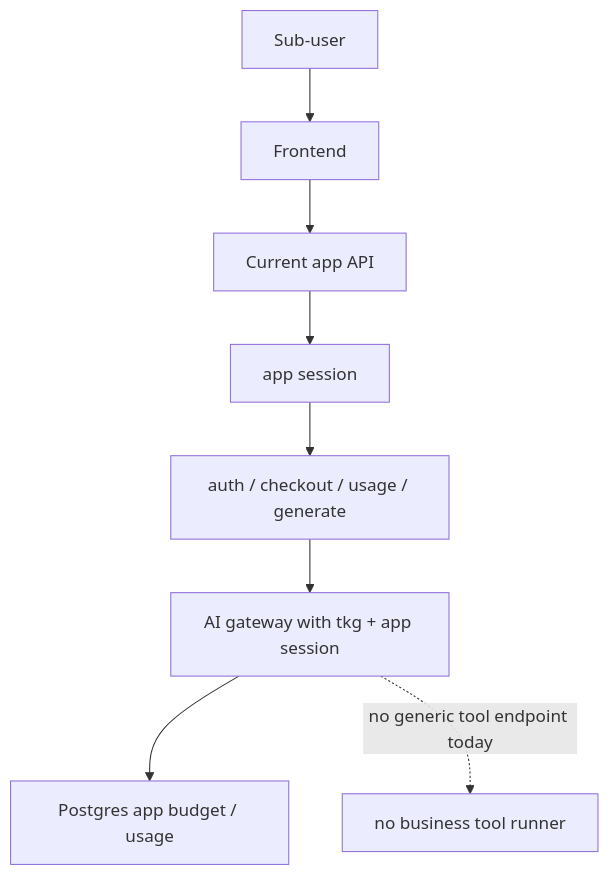
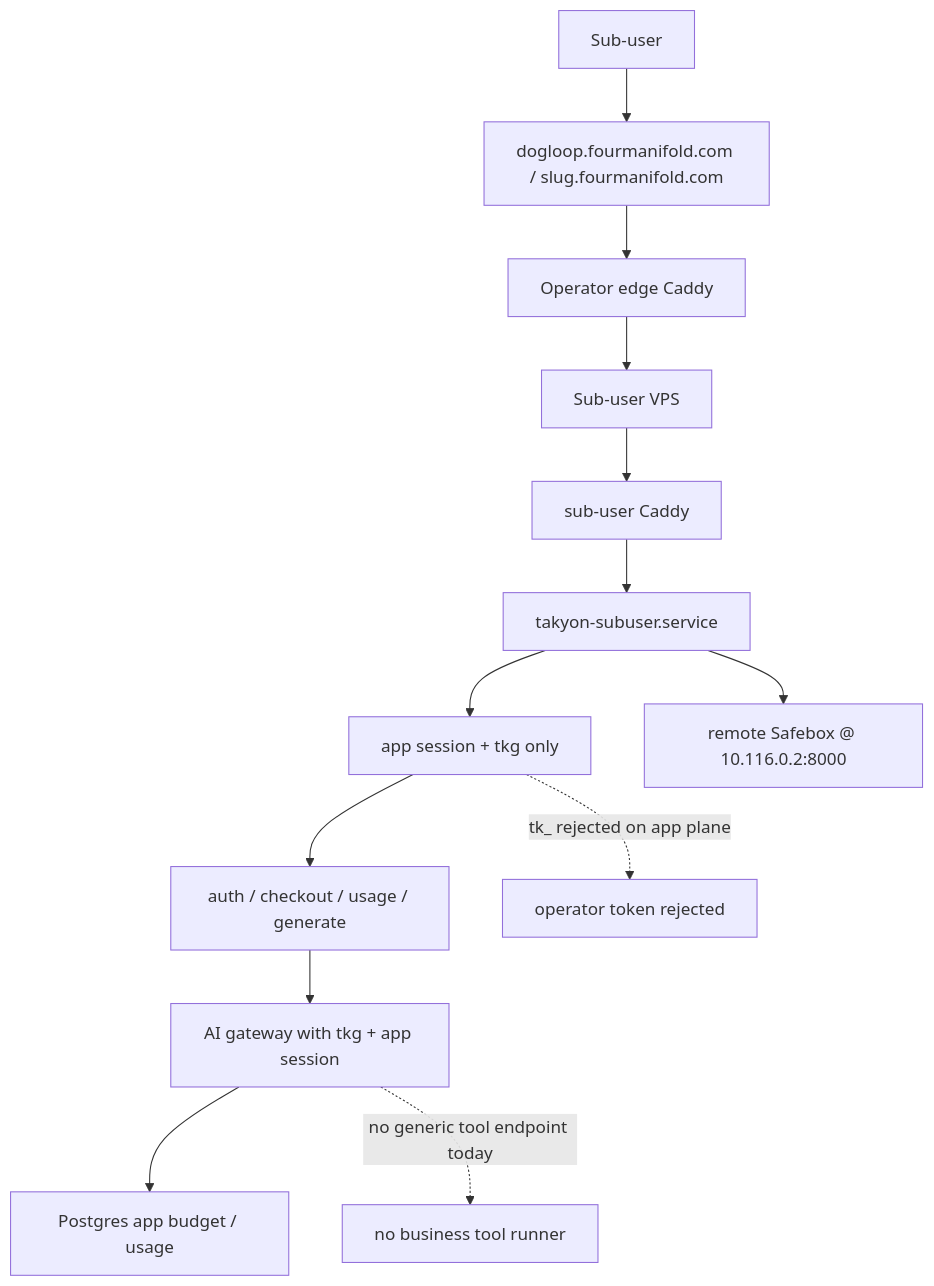
One commit to zhuangjoshua/meta-rl-loop changed the third of 4 diagrams in SAFETY_PLAN.md. Above: the diagram before and after it, drawn with Mermaid. The commit also changed other lines of this file and 3 other files, not shown here.

Commit message:
Proxy shared product hosts to subuser plane

````diff
--- a/SAFETY_PLAN.md
+++ b/SAFETY_PLAN.md
@@ -375,10 +386,15 @@
 ```mermaid
 flowchart TD
-    SU["Sub-user"] --> FE["Frontend"]
-    FE --> API["Current app API"]
-    API --> AUTH["app session"]
+    SU["Sub-user"] --> HOST["dogloop.fourmanifold.com / slug.fourmanifold.com"]
+    HOST --> EDGE["Operator edge Caddy"]
+    EDGE --> SVPS["Sub-user VPS"]
+    SVPS --> CADDY["sub-user Caddy"]
+    CADDY --> SAPP["takyon-subuser.service"]
+    SAPP --> AUTH["app session + tkg only"]
     AUTH --> ROUTES["auth / checkout / usage / generate"]
     ROUTES --> AIG["AI gateway with tkg + app session"]
     AIG --> PG["Postgres app budget / usage"]
+    SAPP --> SAFE["remote Safebox @ 10.116.0.2:8000"]
     AIG -. "no generic tool endpoint today" .-> X["no business tool runner"]
+    AUTH -. "tk_ rejected on app plane" .-> BLOCK["operator token rejected"]
 ```
````
